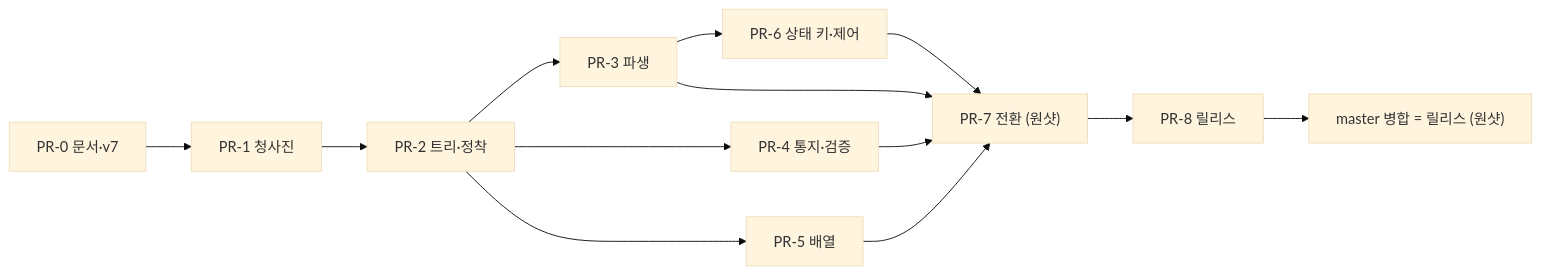
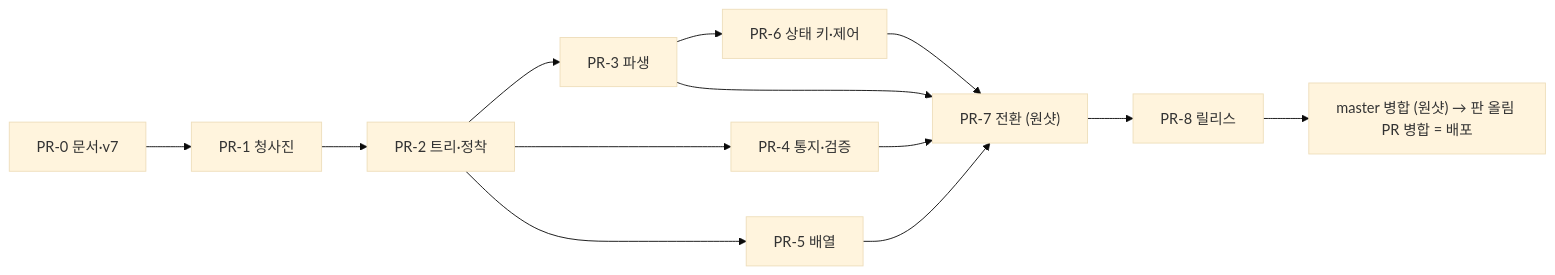
One commit to vincent-kk/albatrion changed the second of 2 diagrams in packages/canard/schema-form/architecture/08-design-a-to-z.md. Above: the diagram before and after it, drawn with Mermaid (base theme). The commit also changed other lines of this file and 16 other files, not shown here.

First line of the commit message:
docs(schema-form): add landing review and test strategy for design review round 16

````diff
--- a/packages/canard/schema-form/architecture/08-design-a-to-z.md
+++ b/packages/canard/schema-form/architecture/08-design-a-to-z.md
@@ -511,15 +522,15 @@
 ```mermaid
 flowchart LR
   pr0["PR-0 문서·v7"] --> pr1["PR-1 청사진"]
   pr1 --> pr2["PR-2 트리·정착"]
   pr2 --> pr3["PR-3 파생"]
   pr2 --> pr4["PR-4 통지·검증"]
   pr2 --> pr5["PR-5 배열"]
   pr3 --> pr6["PR-6 상태 키·제어"]
   pr3 --> pr7["PR-7 전환 (원샷)"]
   pr4 --> pr7
   pr5 --> pr7
   pr6 --> pr7
   pr7 --> pr8["PR-8 릴리스"]
-  pr8 --> merge["master 병합 = 릴리스 (원샷)"]
+  pr8 --> merge["master 병합 (원샷) → 판 올림 PR 병합 = 배포"]
 ```
````
